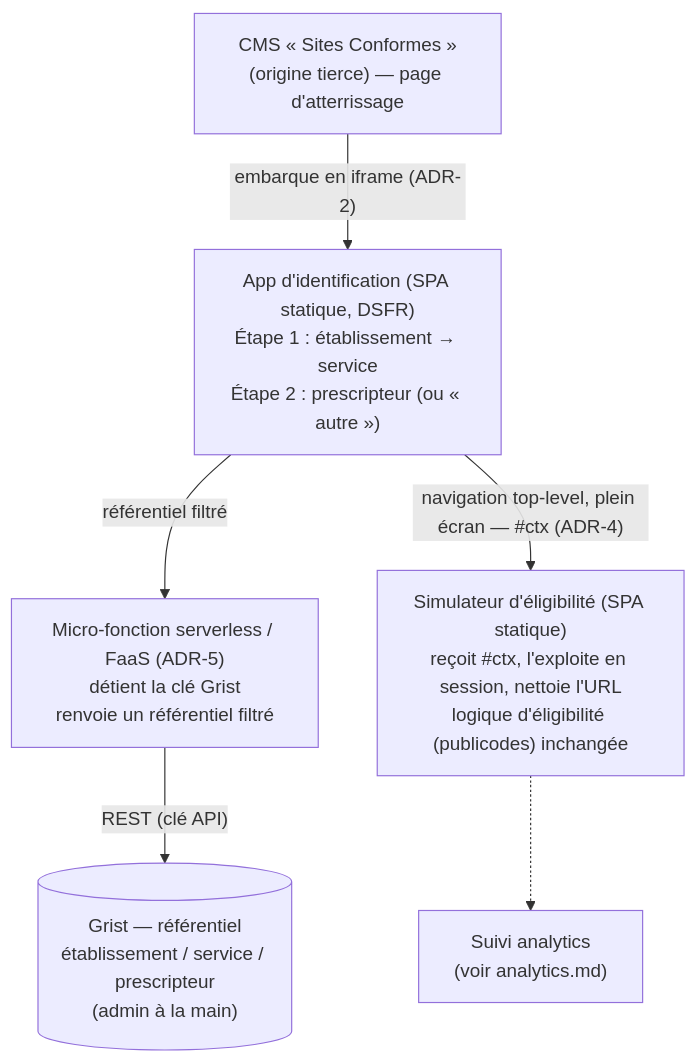
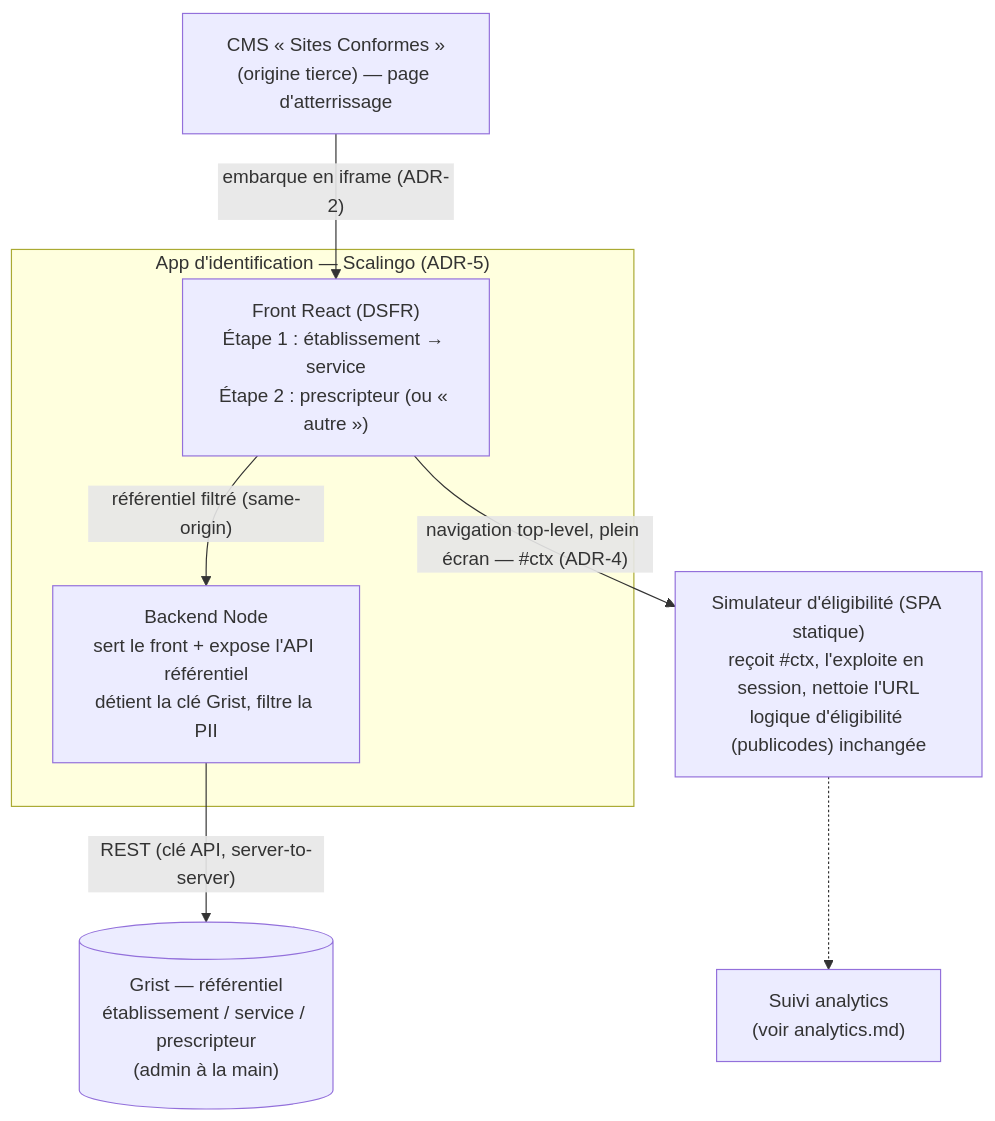
One commit to betagouv/transports-sanitaires changed the first of 2 diagrams in docs/architecture/identification.md. Above: the diagram before and after it, drawn with Mermaid. The commit also changed other lines of this file, not shown here.

First line of the commit message:
docs(archi): ADR-5 — backend Scalingo au lieu d'une micro-fonction FaaS

````diff
--- a/docs/architecture/identification.md
+++ b/docs/architecture/identification.md
@@ -95,15 +103,17 @@
 ```mermaid
 flowchart TB
     cms["CMS « Sites Conformes »<br/>(origine tierce) — page d'atterrissage"]
-    ident["App d'identification (SPA statique, DSFR)<br/>Étape 1 : établissement → service<br/>Étape 2 : prescripteur (ou « autre »)"]
-    faas["Micro-fonction serverless / FaaS (ADR-5)<br/>détient la clé Grist<br/>renvoie un référentiel filtré"]
+    subgraph scalingo["App d'identification — Scalingo (ADR-5)"]
+        ident["Front React (DSFR)<br/>Étape 1 : établissement → service<br/>Étape 2 : prescripteur (ou « autre »)"]
+        api["Backend Node<br/>sert le front + expose l'API référentiel<br/>détient la clé Grist, filtre la PII"]
+    end
     grist[("Grist — référentiel<br/>établissement / service / prescripteur<br/>(admin à la main)")]
     simu["Simulateur d'éligibilité (SPA statique)<br/>reçoit #ctx, l'exploite en session, nettoie l'URL<br/>logique d'éligibilité (publicodes) inchangée"]
     analytics["Suivi analytics<br/>(voir analytics.md)"]
 
     cms -->|"embarque en iframe (ADR-2)"| ident
-    ident -->|"référentiel filtré"| faas
-    faas -->|"REST (clé API)"| grist
+    ident -->|"référentiel filtré (same-origin)"| api
+    api -->|"REST (clé API, server-to-server)"| grist
     ident -->|"navigation top-level, plein écran — #ctx (ADR-4)"| simu
     simu -.-> analytics
 ```
````
